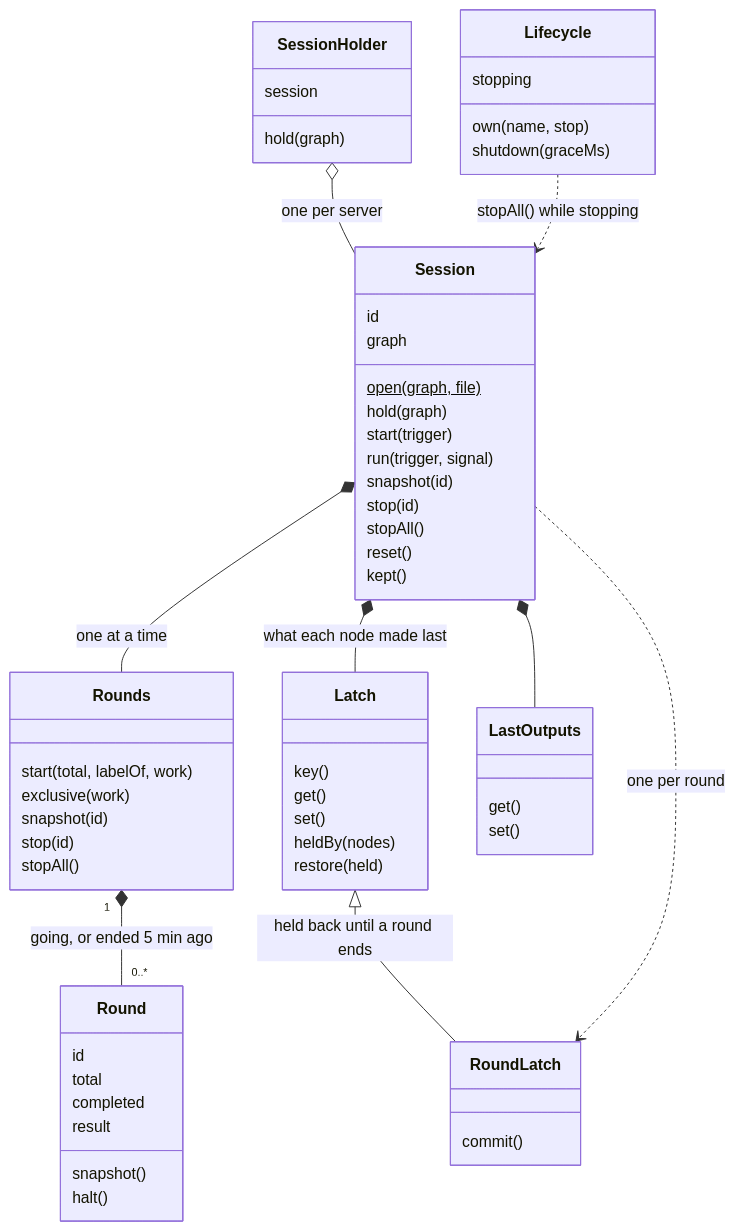
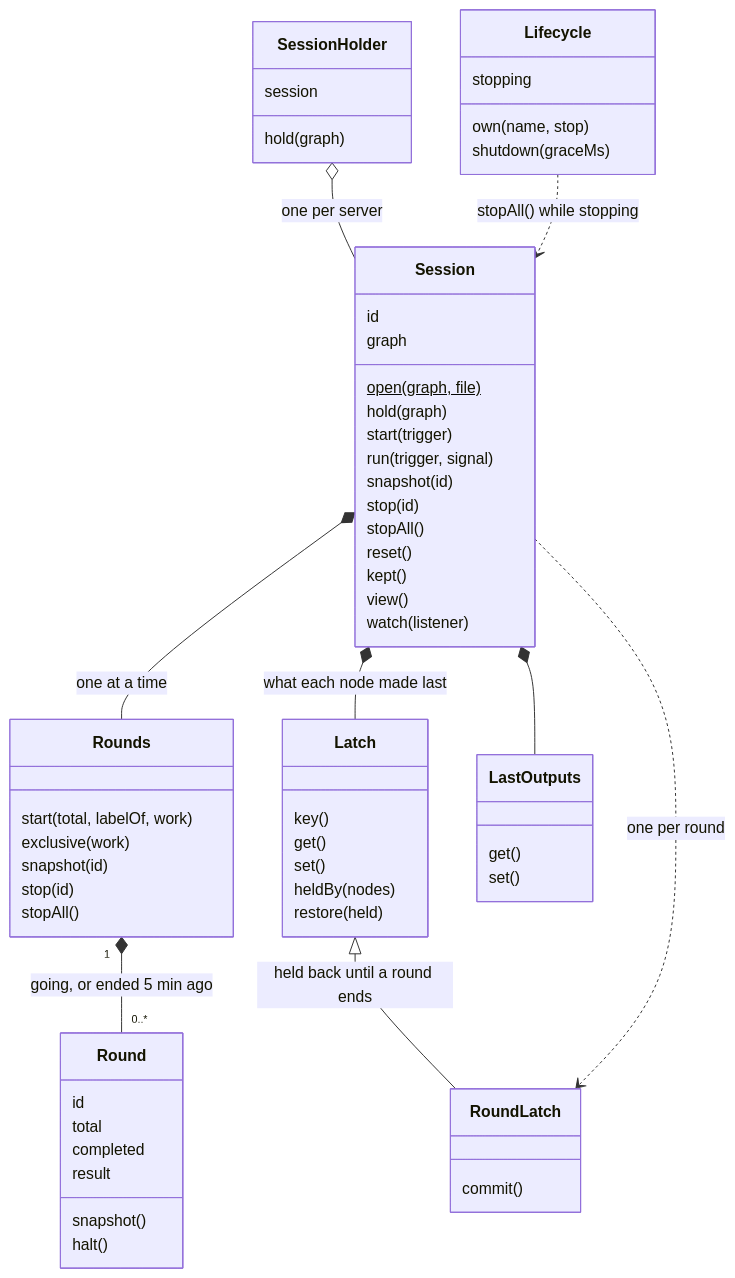
The sixth of 8 diagrams in arch/overview.md (Archimedes79/AI_Graph), drawn with Mermaid before and after one commit. The commit also changed other lines of this file and 32 other files, not shown here.

````diff
--- a/arch/overview.md
+++ b/arch/overview.md
@@ -331,62 +331,64 @@
 ```mermaid
 classDiagram
   class Lifecycle {
     own(name, stop)
     shutdown(graceMs)
     stopping
   }
   class SessionHolder {
     session
     hold(graph)
   }
   class Session {
     id
     graph
     open(graph, file)$
     hold(graph)
     start(trigger)
     run(trigger, signal)
     snapshot(id)
     stop(id)
     stopAll()
     reset()
     kept()
+    view()
+    watch(listener)
   }
   class Rounds {
     start(total, labelOf, work)
     exclusive(work)
     snapshot(id)
     stop(id)
     stopAll()
   }
   class Round {
     id
     total
     completed
     result
     snapshot()
     halt()
   }
   class Latch {
     key()
     get()
     set()
     heldBy(nodes)
     restore(held)
   }
   class RoundLatch {
     commit()
   }
   class LastOutputs {
     get()
     set()
   }
   SessionHolder o-- Session : one per server
   Session *-- Rounds : one at a time
   Rounds "1" *-- "0..*" Round : going, or ended 5 min ago
   Session *-- Latch : what each node made last
   Session *-- LastOutputs
   Latch <|-- RoundLatch : held back until a round ends
   Session ..> RoundLatch : one per round
   Lifecycle ..> Session : stopAll() while stopping
 ```
````
